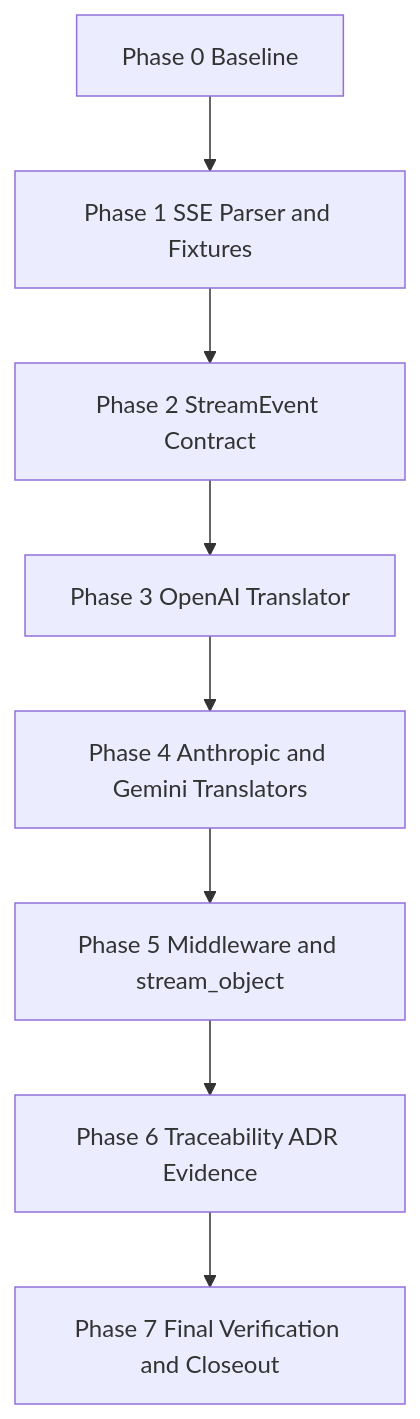
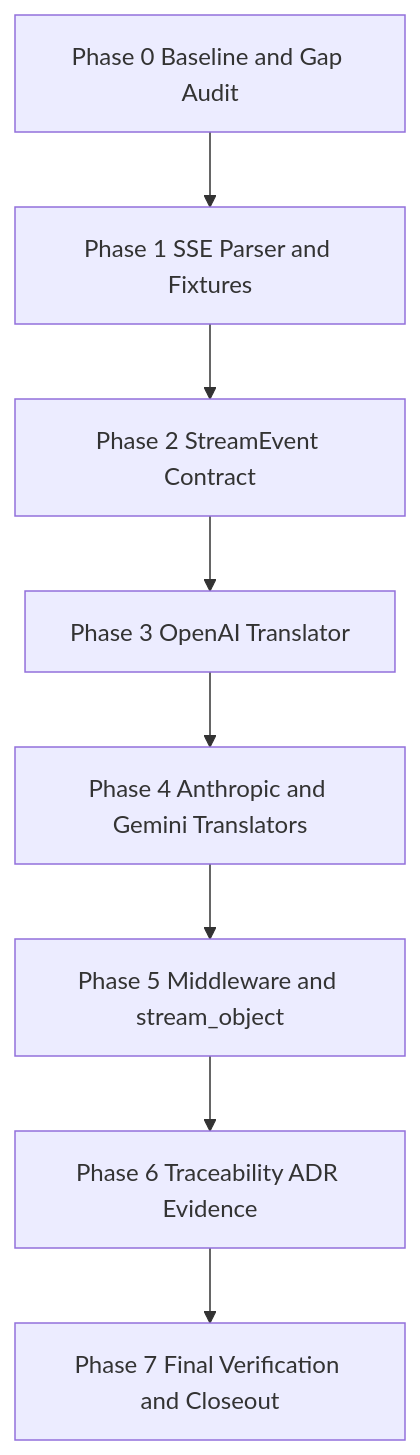
Before and after one commit to jaytaylor/attractor-tcl: the third of 5 diagrams in docs/sprints/SPRINT-005-comprehensive-implementation-plan.md, drawn with Mermaid. The commit also changed other lines of this file, not shown here.

````diff
--- a/docs/sprints/SPRINT-005-comprehensive-implementation-plan.md
+++ b/docs/sprints/SPRINT-005-comprehensive-implementation-plan.md
@@ -883,10 +1230,10 @@
 ```mermaid
 flowchart TD
-    A[Phase 0 Baseline] --> B[Phase 1 SSE Parser and Fixtures]
+    A[Phase 0 Baseline and Gap Audit] --> B[Phase 1 SSE Parser and Fixtures]
     B --> C[Phase 2 StreamEvent Contract]
     C --> D[Phase 3 OpenAI Translator]
     D --> E[Phase 4 Anthropic and Gemini Translators]
     E --> F[Phase 5 Middleware and stream_object]
     F --> G[Phase 6 Traceability ADR Evidence]
     G --> H[Phase 7 Final Verification and Closeout]
 ```
````
